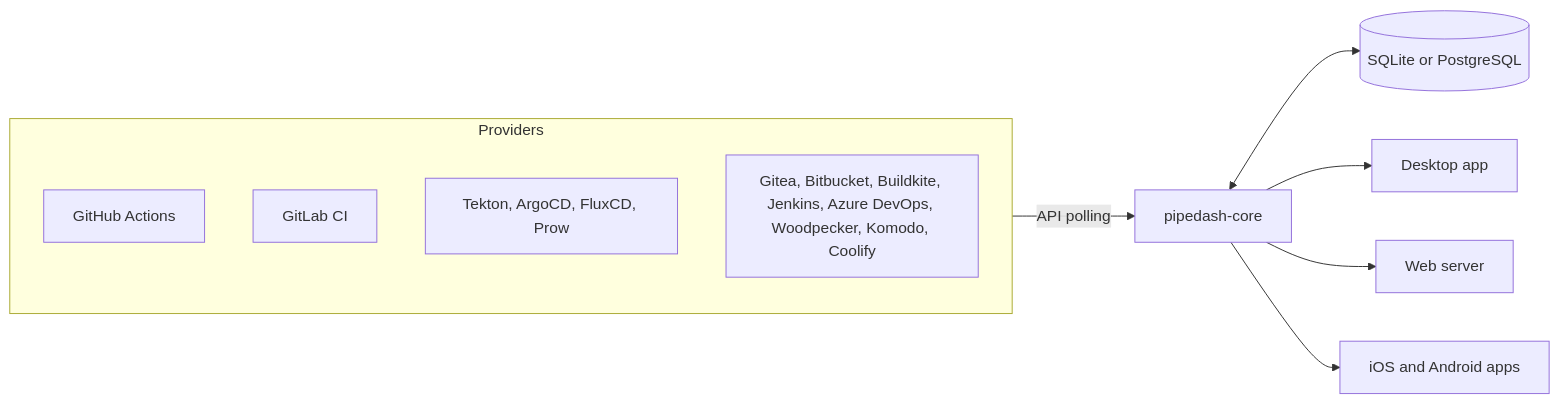
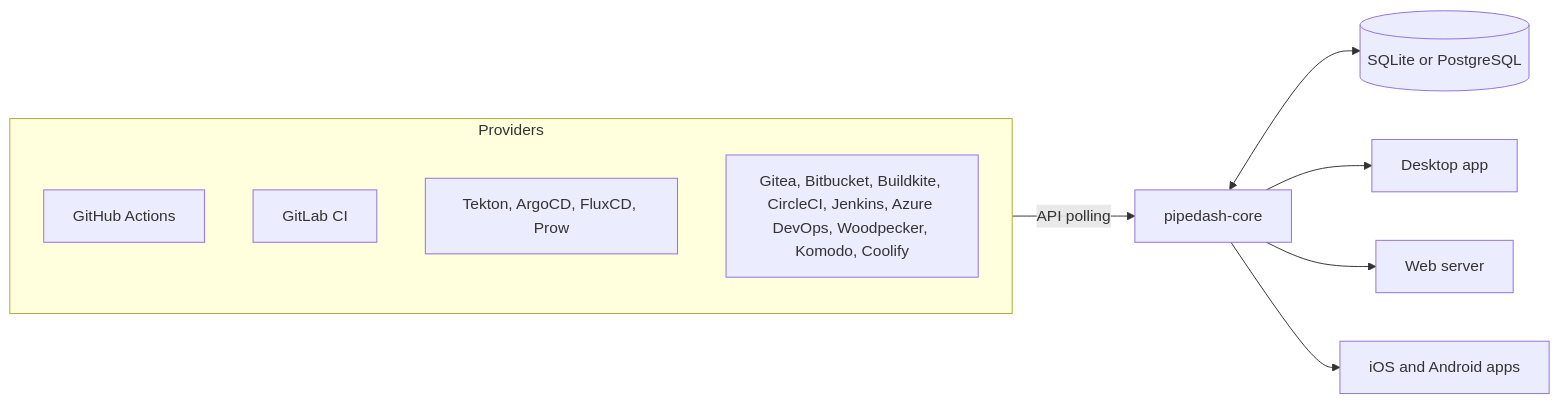
One commit to hcavarsan/pipedash changed the diagram in README.md. Above: the diagram before and after it, drawn with Mermaid. The commit also changed other lines of this file and 28 other files, not shown here.

````diff
--- a/README.md
+++ b/README.md
@@ -89,14 +89,14 @@
 ```mermaid
 flowchart LR
   subgraph Providers
     GH[GitHub Actions]
     GL[GitLab CI]
     K8S[Tekton, ArgoCD, FluxCD, Prow]
-    More[Gitea, Bitbucket, Buildkite, Jenkins, Azure DevOps, Woodpecker, Komodo, Coolify]
+    More[Gitea, Bitbucket, Buildkite, CircleCI, Jenkins, Azure DevOps, Woodpecker, Komodo, Coolify]
   end
   Providers -- API polling --> Core[pipedash-core]
   Core <--> DB[(SQLite or PostgreSQL)]
   Core --> Desktop[Desktop app]
   Core --> Web[Web server]
   Core --> Mobile[iOS and Android apps]
 ```
````
